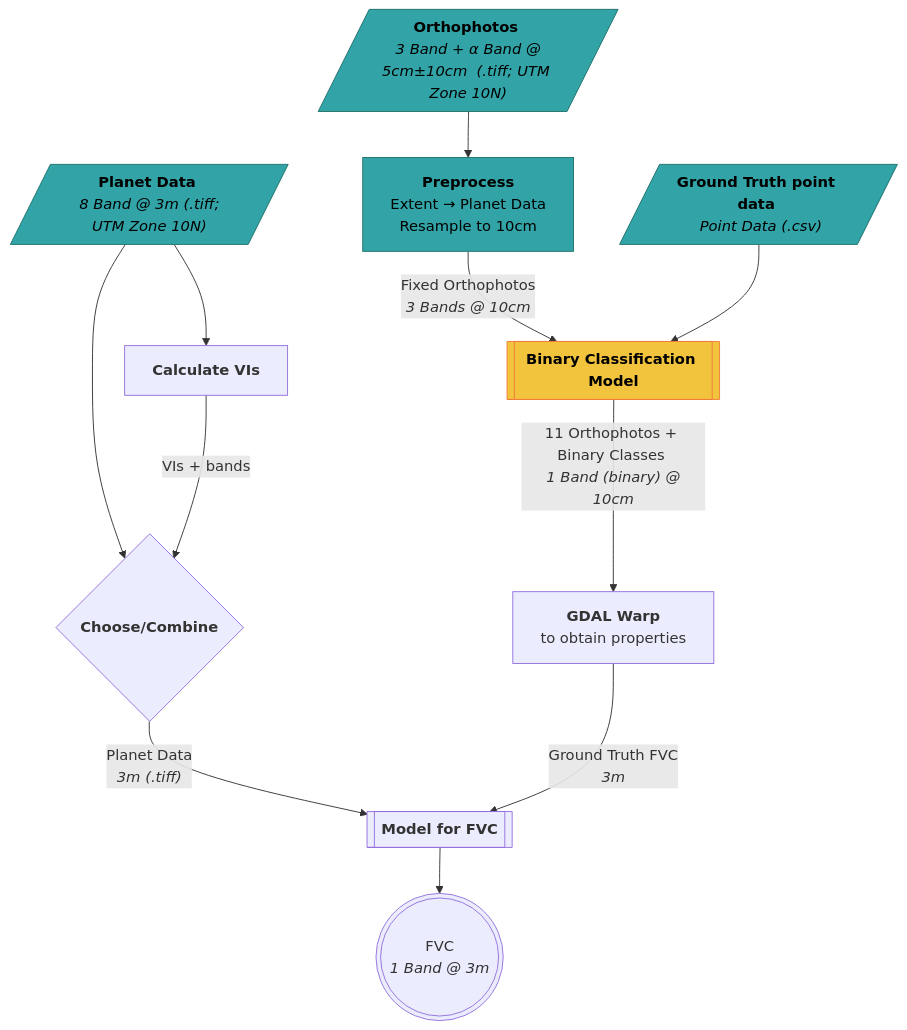
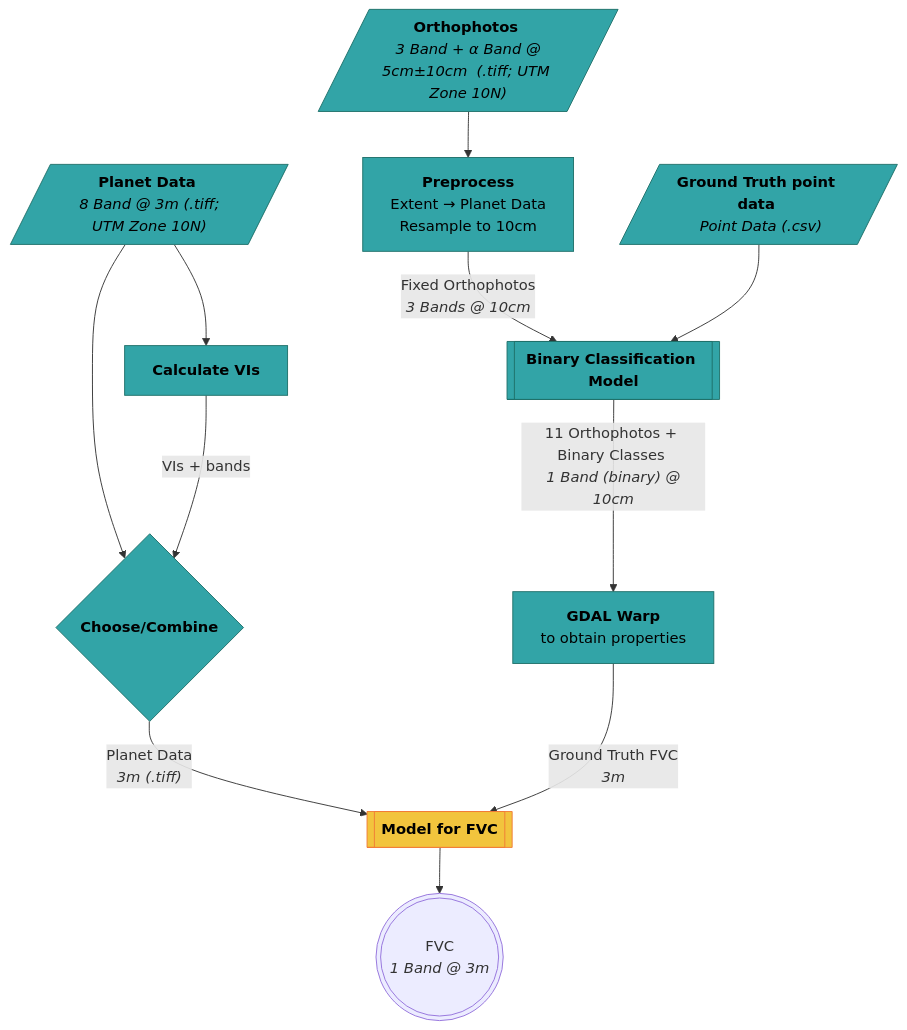
One commit to brittbarreto/FracVeg292 changed the diagram in README.md. Above: the diagram before and after it, drawn with Mermaid.

Commit message:
Update README diagram

````diff
--- a/README.md
+++ b/README.md
@@ -11,37 +11,41 @@
 ```mermaid
 flowchart TD
     GT[/"<b>Ground Truth point data</b> <br/> <i>Point Data (.csv)</i>"/]
     OP[/"<b>Orthophotos</b> <br/> <i>3 Band + α Band @ 5cm±10cm  (.tiff; UTM Zone 10N)</i>"/]
     PD[/"<b>Planet Data</b> <br/> <i>8 Band @ 3m (.tiff; UTM Zone 10N)</i>"/]
 
     PPR["<b>Preprocess</b> <br/> Extent → Planet Data <br/> Resample to 10cm"]
     BNC[[<b>Binary Classification Model</b>]]
     GDLW[<b>GDAL Warp</b> <br/> to obtain properties]
     VIS[<b>Calculate VIs</b>]
     MFVC[[<b>Model for FVC</b>]]
     CHOOSE{<b>Choose/Combine</b>}
 
     FVC((("FVC <br> <i>1 Band @ 3m</i>")))
 
     PD -->VIS
     PD -->CHOOSE
     VIS -->|"VIs + bands"|CHOOSE
     CHOOSE -->|"Planet Data <br/> <i>3m (.tiff)</i>"|MFVC
 
 
     OP -->PPR
     PPR -->|"Fixed Orthophotos <br/> <i>3 Bands @ 10cm</i>"|BNC
     BNC -->|"11 Orthophotos + Binary Classes <br> <i>1 Band (binary) @ 10cm</i> "|GDLW
     GDLW -->|Ground Truth FVC <br/> <i>3m</i>|MFVC
     MFVC -->FVC
 
     GT -->BNC
 
     style OP fill:#32a4a7,stroke:#1e7069,color:#000
     style PD fill:#32a4a7,stroke:#1e7069,color:#000
     style GT fill:#32a4a7,stroke:#1e7069,color:#000
 
+    style VIS fill:#32a4a7,stroke:#1e7069,color:#000
     style PPR fill:#32a4a7,stroke:#1e7069,color:#000
+    style CHOOSE fill:#32a4a7,stroke:#1e7069,color:#000
 
-    style BNC fill:#f2c43d,stroke:#f17c37,color:#000
+    style BNC fill:#32a4a7,stroke:#1e7069,color:#000
+    style GDLW fill:#32a4a7,stroke:#1e7069,color:#000
+    style MFVC fill:#f2c43d,stroke:#f17c37,color:#000
 ```
````
